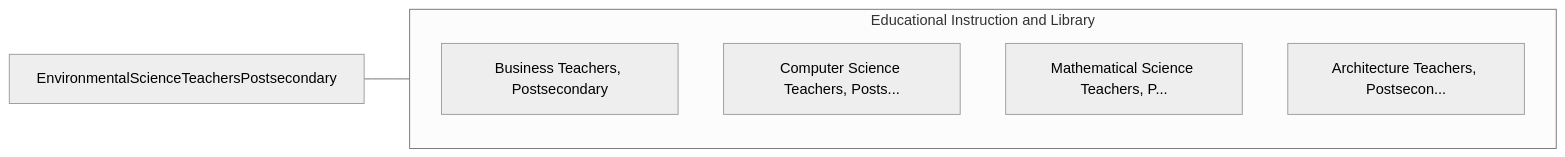
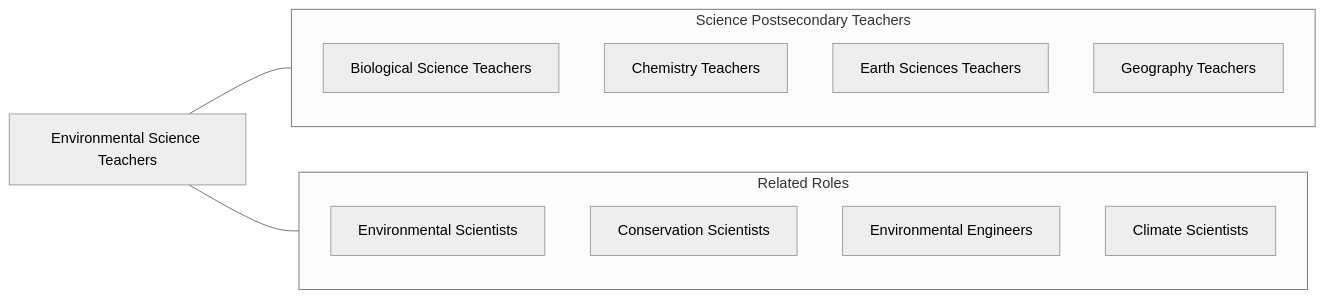
Before and after one commit to kziemski/business.org.ai: the fourth of 4 diagrams in occupations/Education/EnvironmentalScienceTeachersPostsecondary.mdx, drawn with Mermaid (neutral theme). The commit also changed other lines of this file and 938 other files, not shown here.

````diff
--- a/occupations/Education/EnvironmentalScienceTeachersPostsecondary.mdx
+++ b/occupations/Education/EnvironmentalScienceTeachersPostsecondary.mdx
@@ -91,13 +169,21 @@
 ```mermaid
 graph LR
-    Current["EnvironmentalScienceTeachersPostsecondary"]
+    Current["Environmental Science Teachers"]
 
-    subgraph SameCategory["Educational Instruction and Library"]
-        BusinessTeachersPost["Business Teachers, Postsecondary"]
-        ComputerScienceTeach["Computer Science Teachers, Posts..."]
-        MathematicalScienceT["Mathematical Science Teachers, P..."]
-        ArchitectureTeachers["Architecture Teachers, Postsecon..."]
+    subgraph SameCategory["Science Postsecondary Teachers"]
+        Biology["Biological Science Teachers"]
+        Chemistry["Chemistry Teachers"]
+        EarthSci["Earth Sciences Teachers"]
+        Geography["Geography Teachers"]
+    end
+
+    subgraph CrossFunctional["Related Roles"]
+        EnvScientists["Environmental Scientists"]
+        Ecologists["Conservation Scientists"]
+        EnvEngineers["Environmental Engineers"]
+        ClimateAnalysts["Climate Scientists"]
     end
 
     Current --- SameCategory
+    Current --- CrossFunctional
 ```
````
